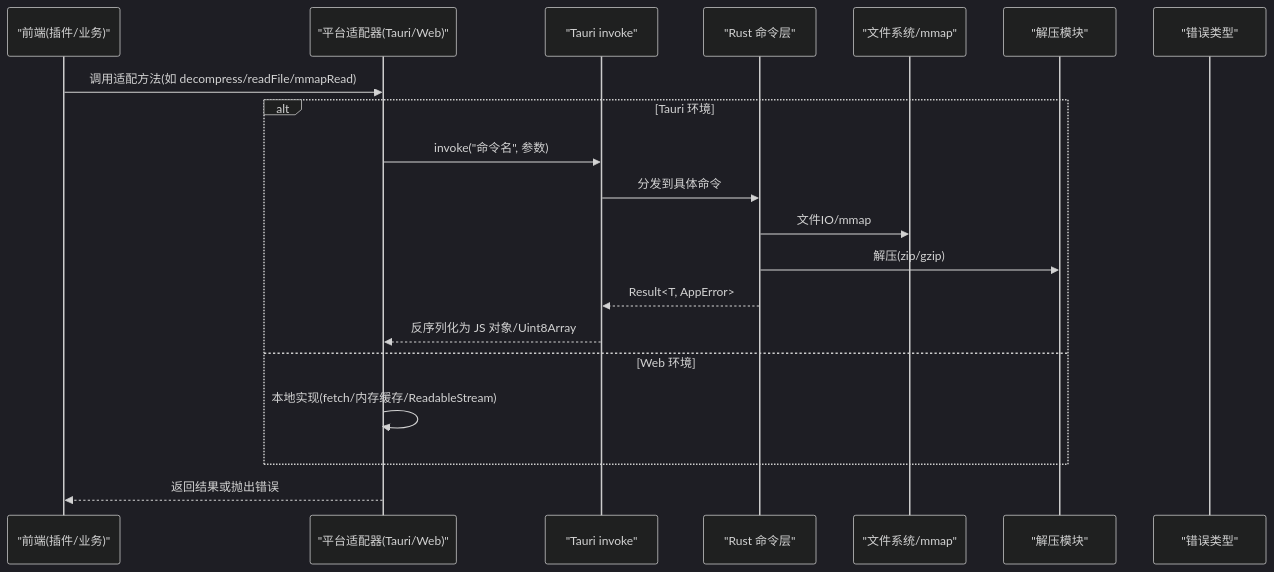
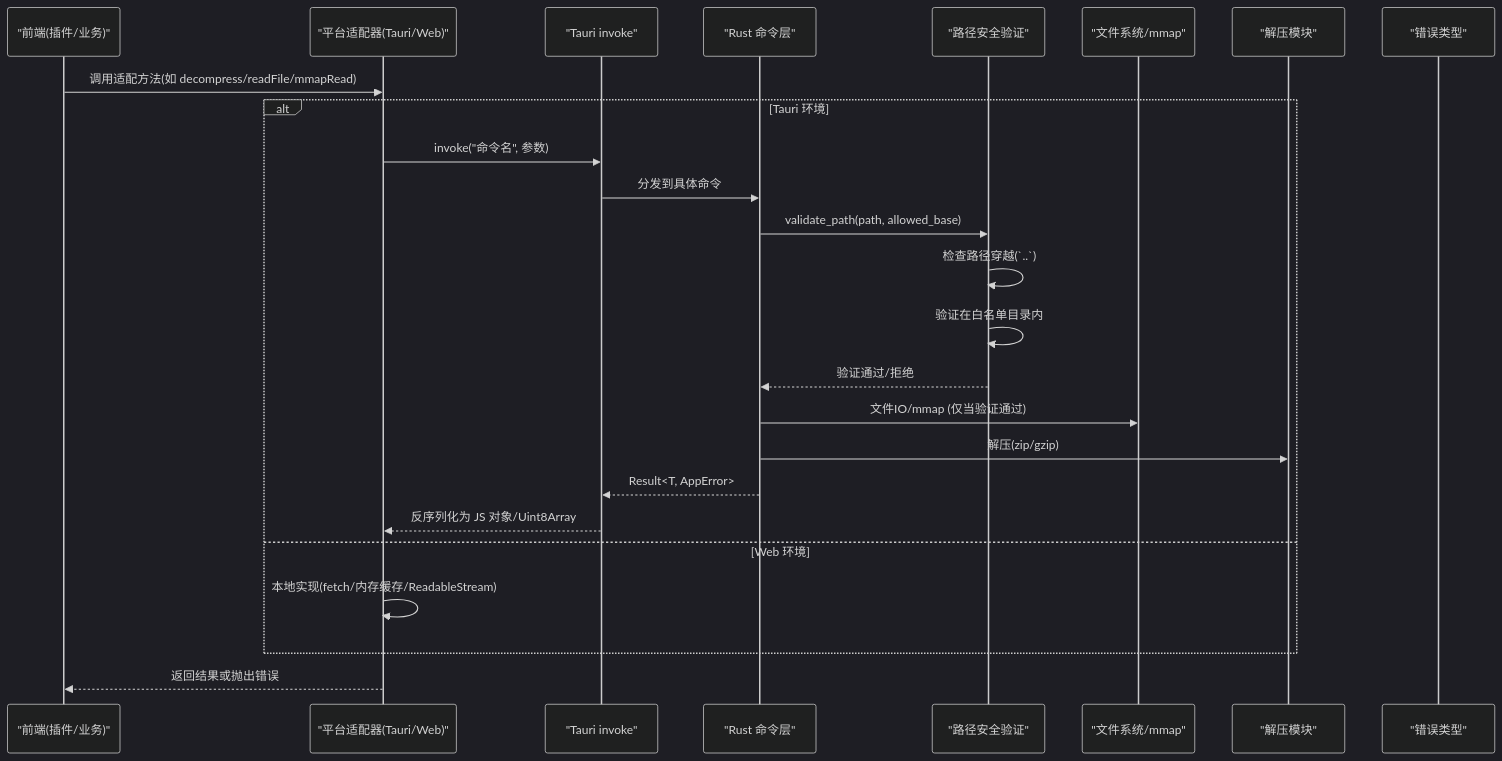
One commit to taoweidong/Hello-Tauri changed the second of 12 diagrams in .qoder/repowiki/zh/content/架构设计/前后端通信机制/前后端通信机制.md. Above: the diagram before and after it, drawn with Mermaid (dark theme). The commit also changed other lines of this file and 119 other files, not shown here.

````diff
--- a/.qoder/repowiki/zh/content/架构设计/前后端通信机制/前后端通信机制.md
+++ b/.qoder/repowiki/zh/content/架构设计/前后端通信机制/前后端通信机制.md
@@ -109,22 +123,27 @@
 ```mermaid
 sequenceDiagram
 participant FE as "前端(插件/业务)"
 participant AD as "平台适配器(Tauri/Web)"
 participant IPC as "Tauri invoke"
 participant CMD as "Rust 命令层"
+participant SEC as "路径安全验证"
 participant FS as "文件系统/mmap"
 participant DEC as "解压模块"
 participant ERR as "错误类型"
 FE->>AD : 调用适配方法(如 decompress/readFile/mmapRead)
 alt Tauri 环境
 AD->>IPC : invoke("命令名", 参数)
 IPC->>CMD : 分发到具体命令
-CMD->>FS : 文件IO/mmap
+CMD->>SEC : validate_path(path, allowed_base)
+SEC->>SEC : 检查路径穿越(`..`)
+SEC->>SEC : 验证在白名单目录内
+SEC-->>CMD : 验证通过/拒绝
+CMD->>FS : 文件IO/mmap (仅当验证通过)
 CMD->>DEC : 解压(zip/gzip)
 CMD-->>IPC : Result<T, AppError>
 IPC-->>AD : 反序列化为 JS 对象/Uint8Array
 else Web 环境
 AD->>AD : 本地实现(fetch/内存缓存/ReadableStream)
 end
 AD-->>FE : 返回结果或抛出错误
 ```
````
